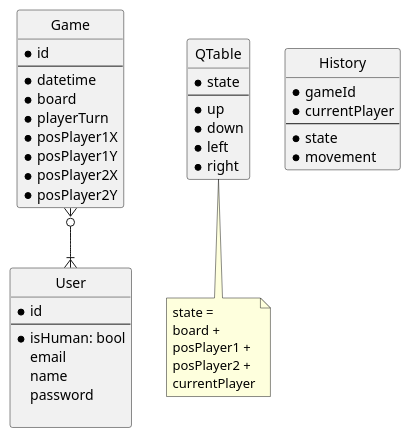
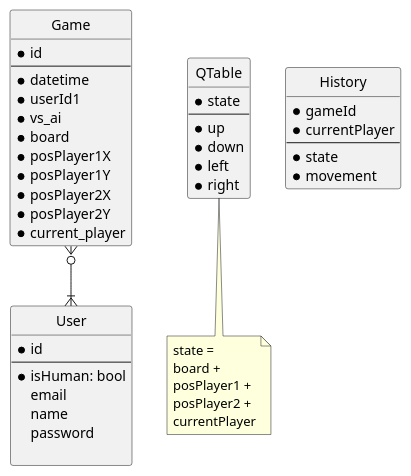
Before and after one commit to vsantele/IG3-projet-ia: the diagram in schema/DB.puml, drawn with PlantUML.

Commit message:
change in DB

```diff
--- a/schema/DB.puml
+++ b/schema/DB.puml
@@ -1,67 +1,69 @@
 @startuml database
 
 hide circle
 
 entity Game{
     *id
     --
     *datetime
+    *userId1
+    *vs_ai
     *board
-    *playerTurn
     *posPlayer1X
     *posPlayer1Y
     *posPlayer2X
     *posPlayer2Y
+    *current_player
 }
 
 
 entity User{
     *id
     --
     *isHuman: bool
     email
     name
     password
 
 }
 
 entity QTable {
     *state
     --
     *up
     *down
     *left
     *right
 }
 note bottom
 state =
 board +
 posPlayer1 +
 posPlayer2 +
 currentPlayer
 end note
 
 entity History {
     *gameId
     *currentPlayer
     --
     *state
     *movement
 }
 
 
 
 Game }o--|{ User
 ' note left
 ' à voir si on garde le
 ' Many To Many
 ' pour les relations
 ' --
 ' joachim :
 ' oui puisqu'on aura toujours
 ' soit 2 joueurs l'un contre l'autre -> 2
 ' soit 1 joueur contre ia -> 1
 ' soit 2 ia -> 0
 ' end note
 
 @enduml
```
